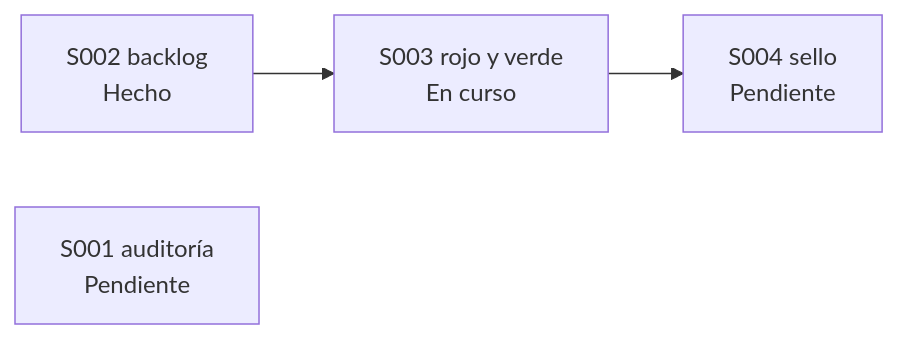
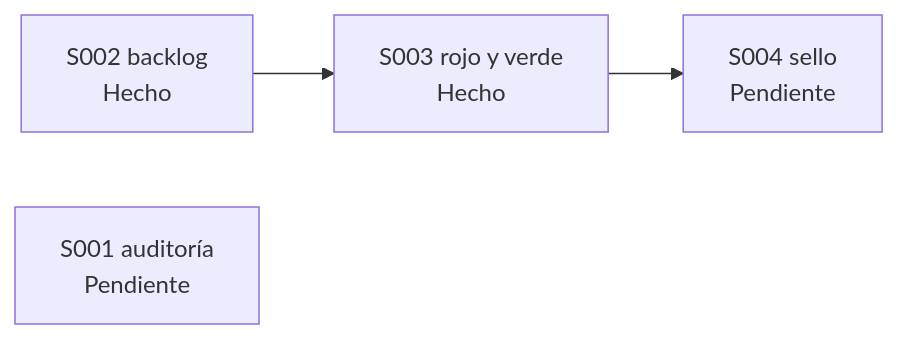
One commit to jliberal-aquas/aquas-central-harness-government changed the third of 3 diagrams in docs/E001/F002/README.md. Above: the diagram before and after it, drawn with Mermaid. The commit also changed other lines of this file and 3 other files, not shown here.

First line of the commit message:
Cerrar E001/F002/S003: primer cierre con rojo y verde exigidos

````diff
--- a/docs/E001/F002/README.md
+++ b/docs/E001/F002/README.md
@@ -109,6 +109,6 @@
 ```mermaid
 flowchart LR
-    S2["S002 backlog<br/>Hecho"] --> S3["S003 rojo y verde<br/>En curso"]
+    S2["S002 backlog<br/>Hecho"] --> S3["S003 rojo y verde<br/>Hecho"]
     S3 --> S4["S004 sello<br/>Pendiente"]
     S1["S001 auditoría<br/>Pendiente"]
 ```
````
